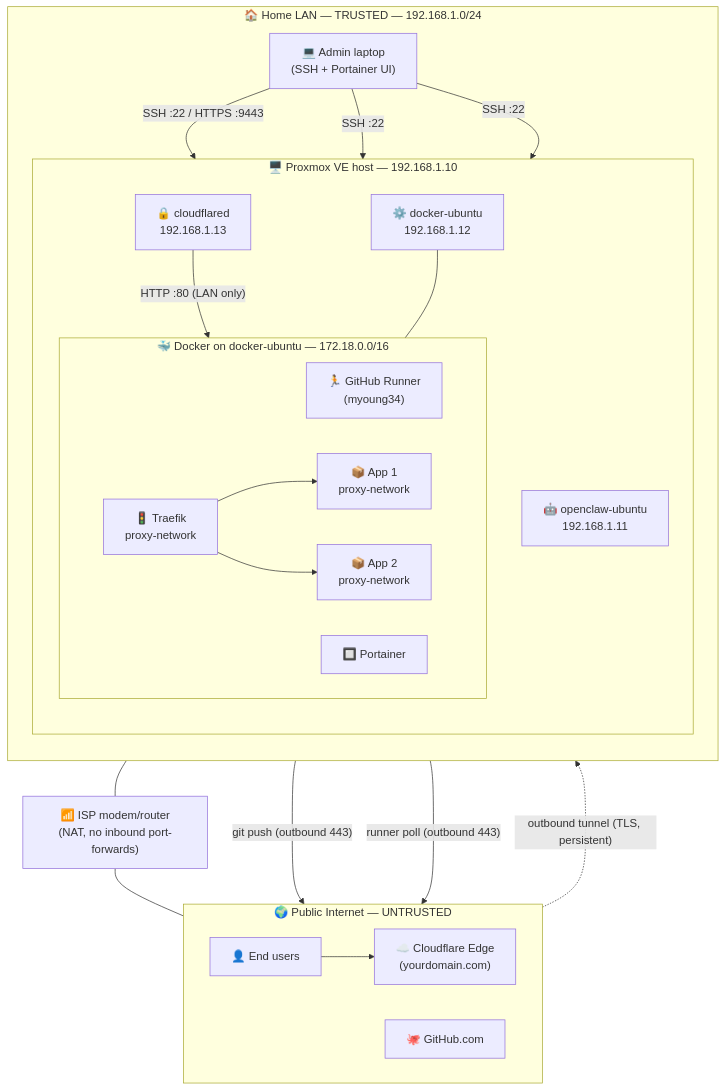
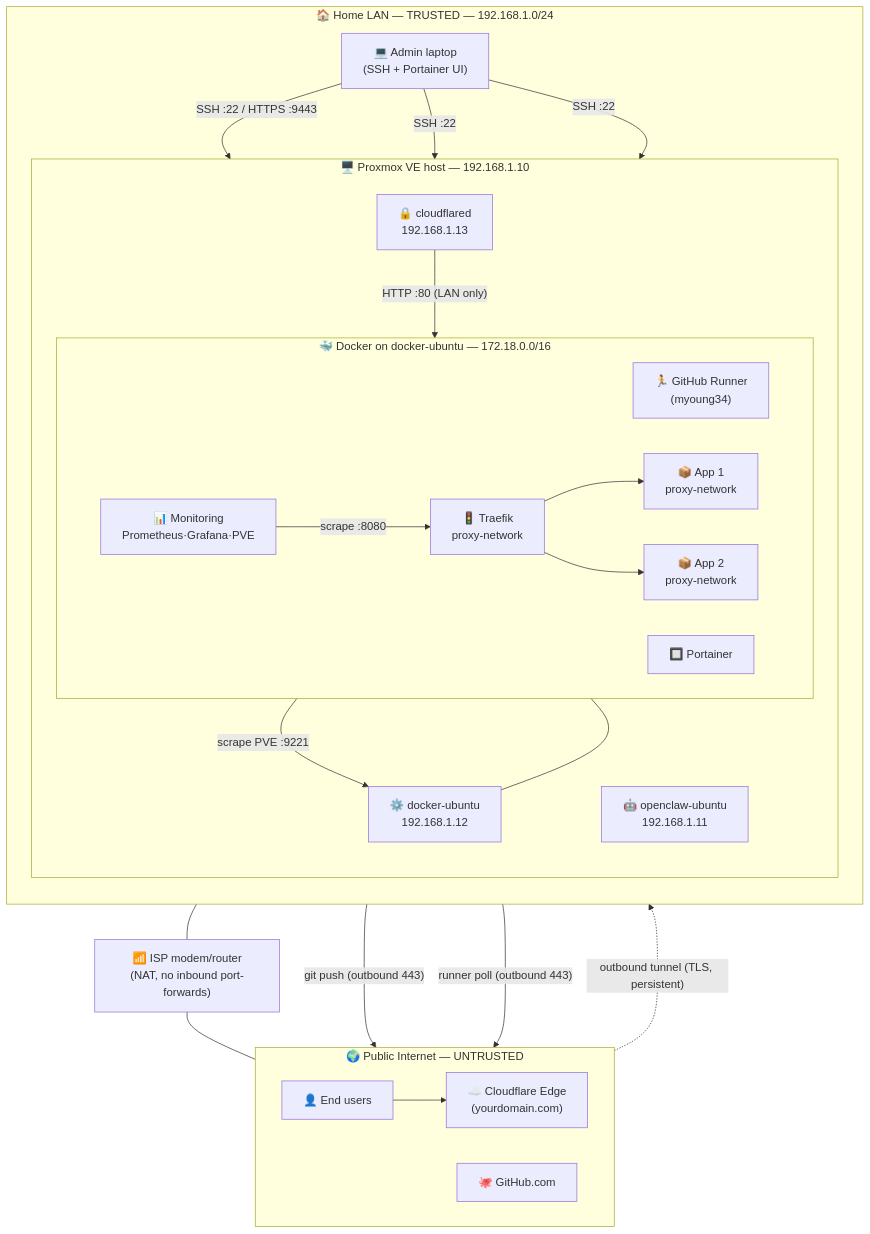
The second of 4 diagrams in README.md (fire3san/homelabpipeline), drawn with Mermaid before and after one commit. The commit also changed other lines of this file and 3 other files, not shown here.

First line of the commit message:
Add monitoring stack (Prometheus + Grafana + PVE Exporter)

````diff
--- a/README.md
+++ b/README.md
@@ -92,47 +98,50 @@
 ```mermaid
 flowchart TB
     subgraph WAN["🌍 Public Internet — UNTRUSTED"]
         direction LR
         U["👤 End users"]
         CFE["☁️ Cloudflare Edge<br/>(yourdomain.com)"]
         GHC["🐙 GitHub.com"]
     end
 
     ISP["📶 ISP modem/router<br/>(NAT, no inbound port-forwards)"]
 
     subgraph LAN["🏠 Home LAN — TRUSTED — 192.168.1.0/24"]
         direction TB
         Admin["💻 Admin laptop<br/>(SSH + Portainer UI)"]
         subgraph PROX["🖥️ Proxmox VE host — 192.168.1.10"]
             direction TB
             VMC["🤖 openclaw-ubuntu<br/>192.168.1.11"]
             VMD["⚙️ docker-ubuntu<br/>192.168.1.12"]
             VMT["🔒 cloudflared<br/>192.168.1.13"]
             subgraph DOCK["🐳 Docker on docker-ubuntu — 172.18.0.0/16"]
                 direction LR
                 RUN["🏃 GitHub Runner<br/>(myoung34)"]
                 TRA["🚦 Traefik<br/>proxy-network"]
                 POR["🔲 Portainer"]
+                MON["📊 Monitoring<br/>Prometheus·Grafana·PVE"]
                 APP1["📦 App 1<br/>proxy-network"]
                 APP2["📦 App 2<br/>proxy-network"]
             end
             VMD --- DOCK
         end
     end
 
     U --> CFE
     CFE -. "outbound tunnel (TLS, persistent)" .-> VMT
     VMT -- "HTTP :80 (LAN only)" --> TRA
     TRA --> APP1
     TRA --> APP2
+    MON -- "scrape :8080" --> TRA
+    MON -- "scrape PVE :9221" --> VMD
 
     VMC -- "git push (outbound 443)" --> GHC
     RUN -- "runner poll (outbound 443)" --> GHC
 
     Admin -- "SSH :22 / HTTPS :9443" --> VMD
     Admin -- "SSH :22" --> VMC
     Admin -- "SSH :22" --> VMT
 
     LAN --- ISP
     ISP --- WAN
 ```
````
